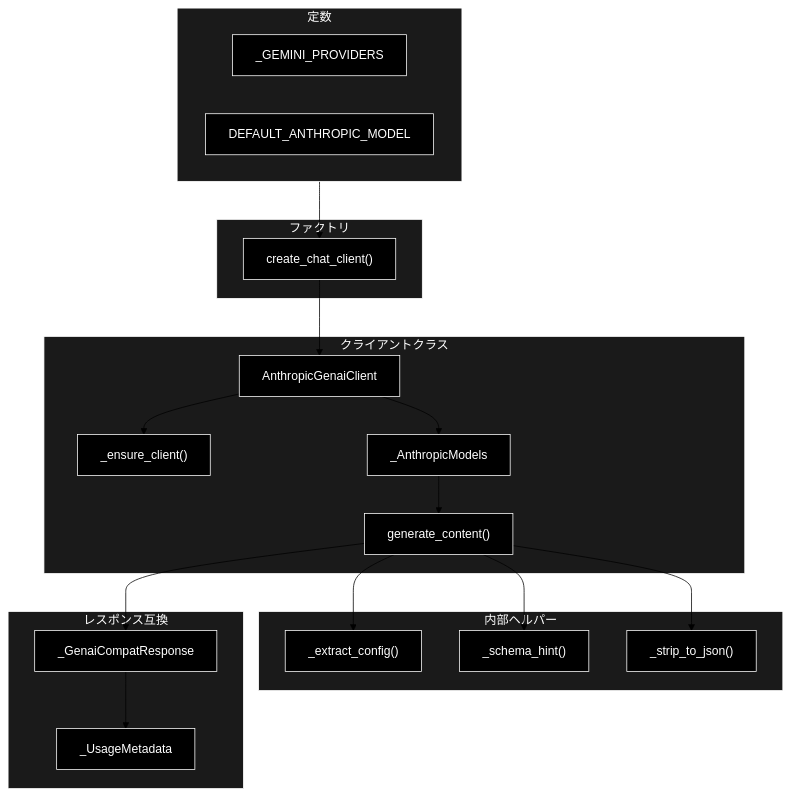
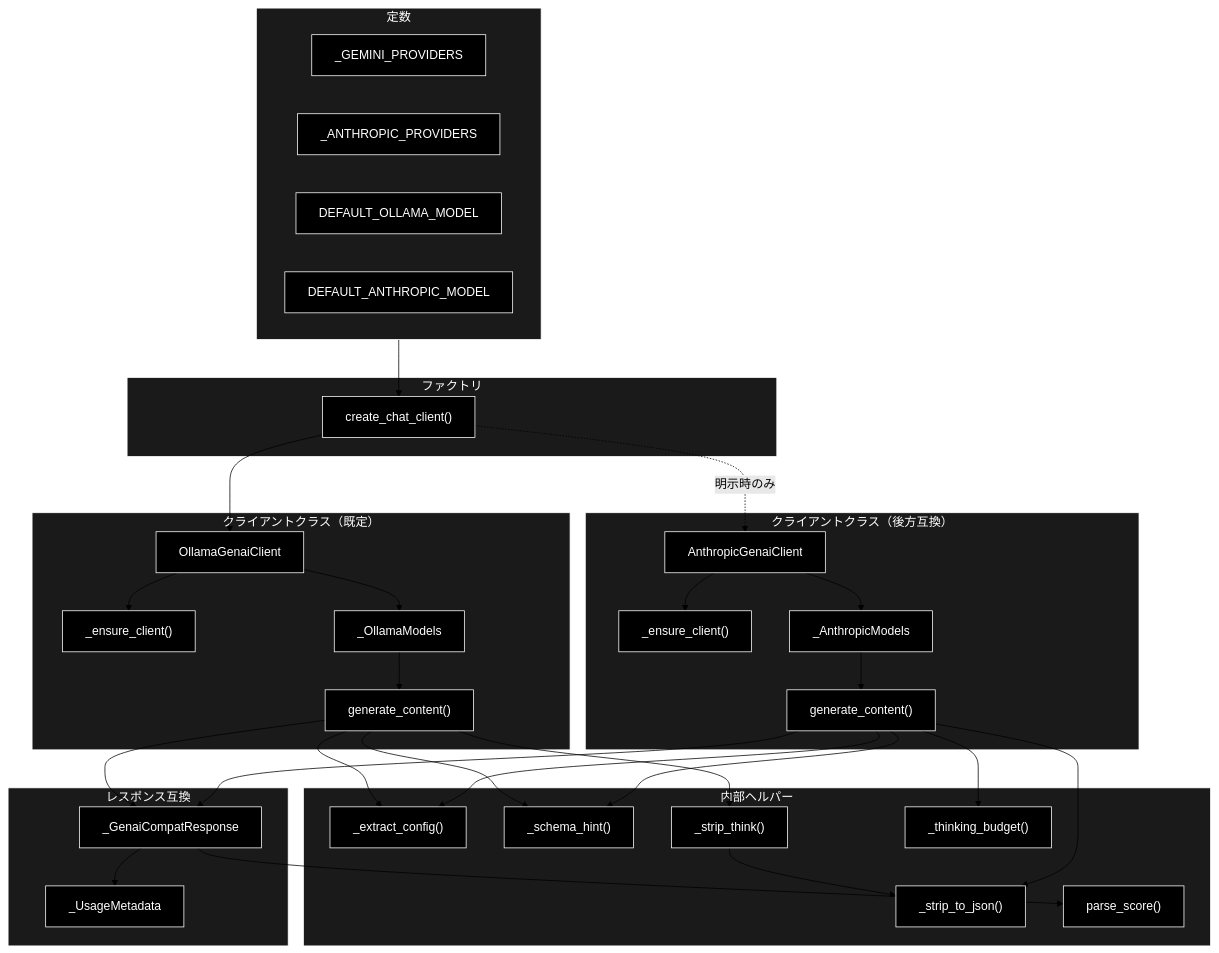
Before and after one commit to nakashima2toshio/grace_v2_local: the second of 3 diagrams in grace/docs/llm_compat.md, drawn with Mermaid (forest theme). The commit also changed other lines of this file and 4 other files, not shown here.

````diff
--- a/grace/docs/llm_compat.md
+++ b/grace/docs/llm_compat.md
@@ -132,48 +166,72 @@
 ```mermaid
 flowchart TB
     subgraph CONST["定数"]
         GEMP["_GEMINI_PROVIDERS"]
+        ANTP["_ANTHROPIC_PROVIDERS"]
+        DEFO["DEFAULT_OLLAMA_MODEL"]
         DEFM["DEFAULT_ANTHROPIC_MODEL"]
     end
 
     subgraph FACTORY["ファクトリ"]
         CCC["create_chat_client()"]
     end
 
-    subgraph CLIENTCLS["クライアントクラス"]
+    subgraph OLLAMACLS["クライアントクラス（既定）"]
+        OCLIENT["OllamaGenaiClient"]
+        OENSURE["_ensure_client()"]
+        OMODELS["_OllamaModels"]
+        OGEN["generate_content()"]
+    end
+
+    subgraph ANTCLS["クライアントクラス（後方互換）"]
         ACLIENT["AnthropicGenaiClient"]
         ENSURE["_ensure_client()"]
         AMODELS["_AnthropicModels"]
         GEN["generate_content()"]
     end
 
     subgraph HELPER["内部ヘルパー"]
         EXC["_extract_config()"]
         SH["_schema_hint()"]
         STJ["_strip_to_json()"]
+        STK["_strip_think()"]
+        TB["_thinking_budget()"]
+        PS["parse_score()"]
     end
 
     subgraph RESPONSE["レスポンス互換"]
         RESP["_GenaiCompatResponse"]
         USAGE["_UsageMetadata"]
     end
 
     CONST --> CCC
-    CCC --> ACLIENT
+    CCC --> OCLIENT
+    CCC -.->|"明示時のみ"| ACLIENT
+    OCLIENT --> OENSURE
+    OCLIENT --> OMODELS
+    OMODELS --> OGEN
+    OGEN --> EXC
+    OGEN --> SH
+    OGEN --> STK
+    STK --> STJ
+    OGEN --> RESP
     ACLIENT --> ENSURE
     ACLIENT --> AMODELS
     AMODELS --> GEN
     GEN --> EXC
     GEN --> SH
+    GEN --> TB
     GEN --> STJ
     GEN --> RESP
     RESP --> USAGE
+    RESP --> PS
 classDef default fill:#000,stroke:#fff,color:#fff
 classDef subgraphStyle fill:#1a1a1a,stroke:#fff,color:#fff
-class GEMP,DEFM,CCC,ACLIENT,ENSURE,AMODELS,GEN,EXC,SH,STJ,RESP,USAGE default
+class GEMP,ANTP,DEFO,DEFM,CCC,OCLIENT,OENSURE,OMODELS,OGEN,ACLIENT,ENSURE,AMODELS,GEN,EXC,SH,STJ,STK,TB,PS,RESP,USAGE default
 style CONST fill:#1a1a1a,stroke:#fff,color:#fff
 style FACTORY fill:#1a1a1a,stroke:#fff,color:#fff
-style CLIENTCLS fill:#1a1a1a,stroke:#fff,color:#fff
+style OLLAMACLS fill:#1a1a1a,stroke:#fff,color:#fff
+style ANTCLS fill:#1a1a1a,stroke:#fff,color:#fff
 style HELPER fill:#1a1a1a,stroke:#fff,color:#fff
 style RESPONSE fill:#1a1a1a,stroke:#fff,color:#fff
 ```
````
